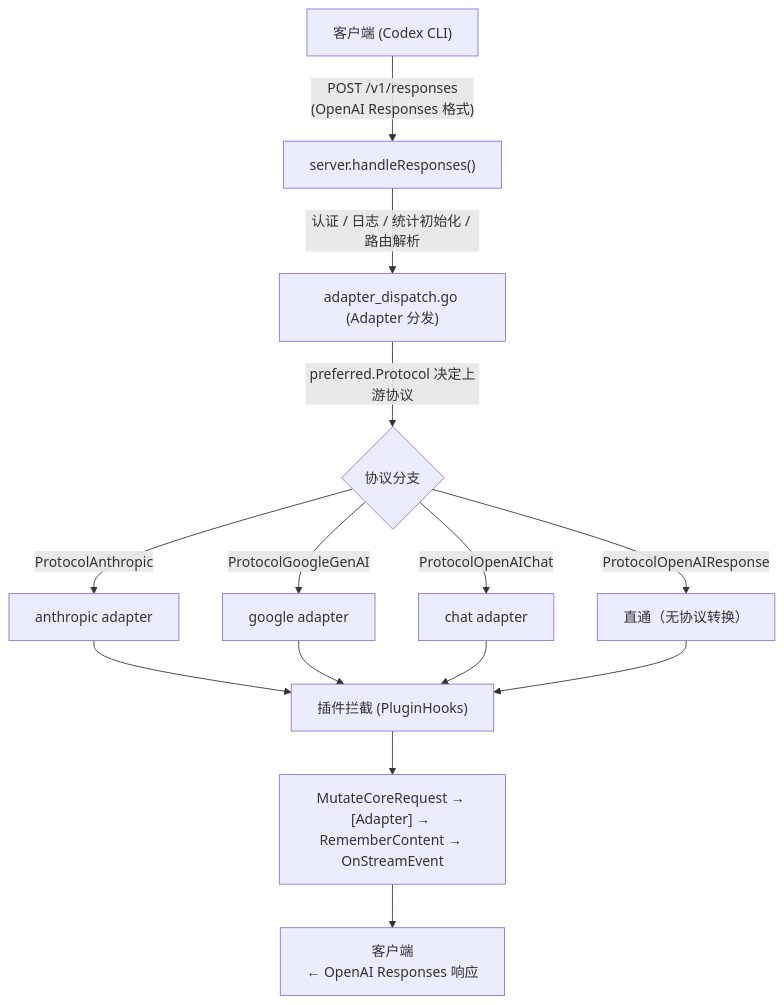
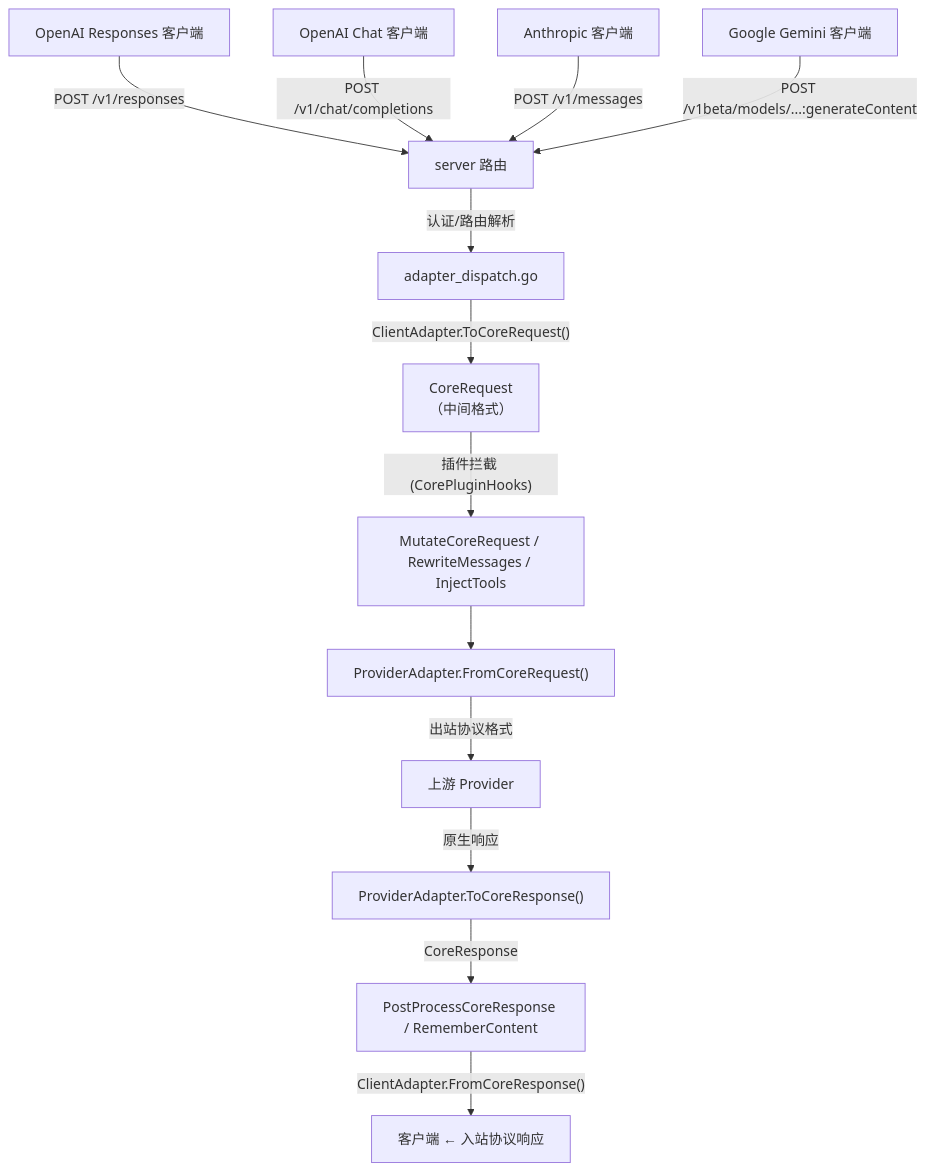
The second of 2 diagrams in docs/architecture.md (ZhiYi-R/moon-bridge), drawn with Mermaid before and after one commit. The commit also changed other lines of this file and 2 other files, not shown here.

````diff
--- a/docs/architecture.md
+++ b/docs/architecture.md
@@ -114,17 +119,21 @@
 ```mermaid
 flowchart TD
-  A["客户端 (Codex CLI)"]
-  A -->|"POST /v1/responses<br/>(OpenAI Responses 格式)"| B["server.handleResponses()"]
-  B -->|"认证 / 日志 / 统计初始化 / 路由解析"| C["adapter_dispatch.go (Adapter 分发)"]
-  C -->|"preferred.Protocol 决定上游协议"| D{"协议分支"}
-  D -->|"ProtocolAnthropic"| E["anthropic adapter"]
-  D -->|"ProtocolGoogleGenAI"| F["google adapter"]
-  D -->|"ProtocolOpenAIChat"| G["chat adapter"]
-  D -->|"ProtocolOpenAIResponse"| H["直通（无协议转换）"]
-  E --> I["插件拦截 (PluginHooks)"]
-  F --> I
-  G --> I
-  H --> I
-  I --> J["MutateCoreRequest → [Adapter] → RememberContent → OnStreamEvent"]
-  J --> K["客户端<br/>← OpenAI Responses 响应"]
+  A1["OpenAI Responses 客户端"]
+  A2["OpenAI Chat 客户端"]
+  A3["Anthropic 客户端"]
+  A4["Google Gemini 客户端"]
+
+  A1 -->|"POST /v1/responses"| B["server 路由"]
+  A2 -->|"POST /v1/chat/completions"| B
+  A3 -->|"POST /v1/messages"| B
+  A4 -->|"POST /v1beta/models/...:generateContent"| B
+
+  B -->|"认证/路由解析"| C["adapter_dispatch.go"]
+  C -->|"ClientAdapter.ToCoreRequest()"| D["CoreRequest\n（中间格式）"]
+  D -->|"插件拦截 (CorePluginHooks)"| E["MutateCoreRequest / RewriteMessages / InjectTools"]
+  E --> F["ProviderAdapter.FromCoreRequest()"]
+  F -->|"出站协议格式"| G["上游 Provider"]
+  G -->|"原生响应"| H["ProviderAdapter.ToCoreResponse()"]
+  H -->|"CoreResponse"| I["PostProcessCoreResponse / RememberContent"]
+  I -->|"ClientAdapter.FromCoreResponse()"| J["客户端 ← 入站协议响应"]
 ```
````
